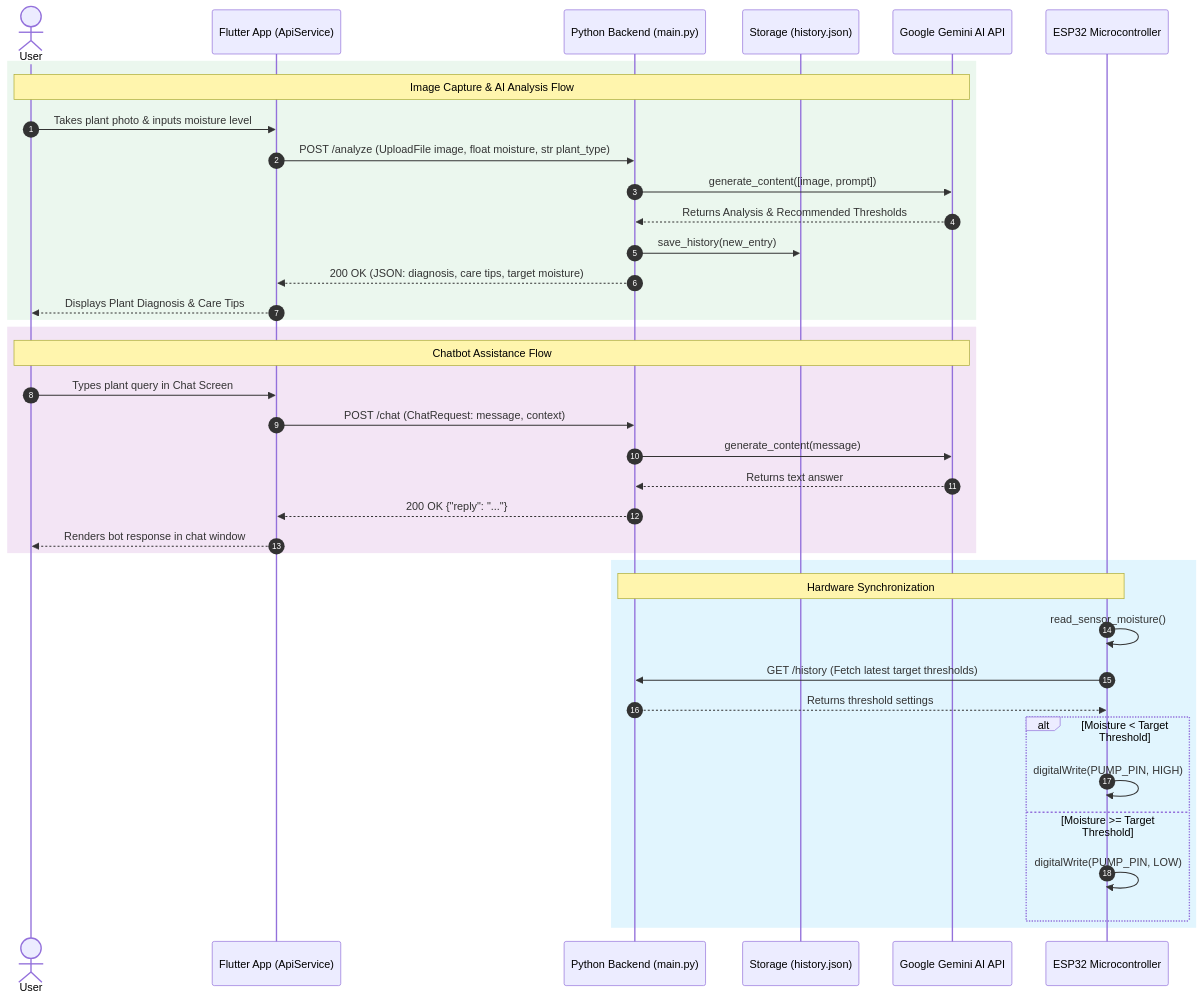
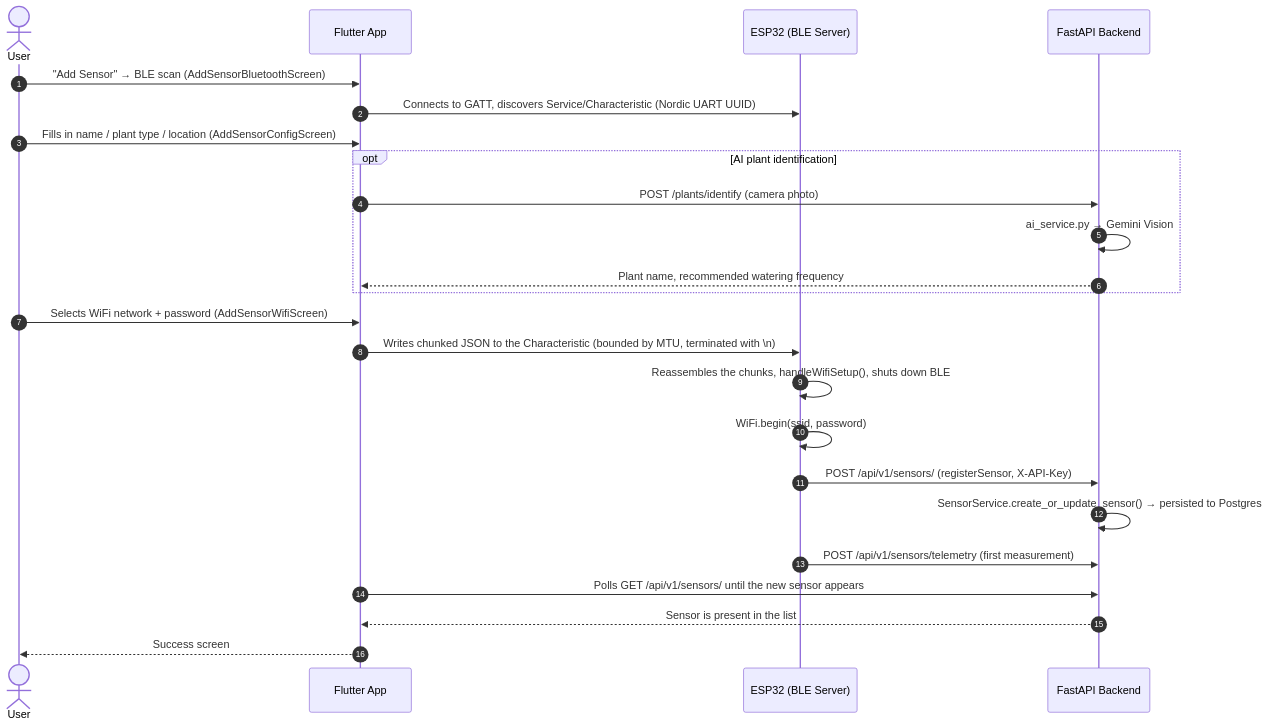
Before and after one commit to Yarin9Ashmoz/AquaMind: the second of 2 diagrams in ARCHITECTURE.md, drawn with Mermaid. The commit also changed other lines of this file, not shown here.

Commit message:
update architecture.md file

````diff
--- a/ARCHITECTURE.md
+++ b/ARCHITECTURE.md
@@ -77,46 +73,27 @@
 ```mermaid
 sequenceDiagram
     autonumber
     actor User
-    participant Flutter as Flutter App (ApiService)
-    participant FastAPI as Python Backend (main.py)
-    participant Storage as Storage (history.json)
-    participant Gemini as Google Gemini AI API
-    participant ESP32 as ESP32 Microcontroller
+    participant App as Flutter App
+    participant ESP32 as ESP32 (BLE Server)
+    participant Server as FastAPI Backend
 
-    %% Analyze Flow
-    rect rgb(235, 247, 238)
-        note over User, Gemini: Image Capture & AI Analysis Flow
-        User->>Flutter: Takes plant photo & inputs moisture level
-        Flutter->>FastAPI: POST /analyze (UploadFile image, float moisture, str plant_type)
-        FastAPI->>Gemini: generate_content([image, prompt])
-        Gemini-->>FastAPI: Returns Analysis & Recommended Thresholds
-        FastAPI->>Storage: save_history(new_entry)
-        FastAPI-->>Flutter: 200 OK (JSON: diagnosis, care tips, target moisture)
-        Flutter-->>User: Displays Plant Diagnosis & Care Tips
+    User->>App: "Add Sensor" → BLE scan (AddSensorBluetoothScreen)
+    App->>ESP32: Connects to GATT, discovers Service/Characteristic (Nordic UART UUID)
+    User->>App: Fills in name / plant type / location (AddSensorConfigScreen)
+    opt AI plant identification
+        App->>Server: POST /plants/identify (camera photo)
+        Server->>Server: ai_service.py → Gemini Vision
+        Server-->>App: Plant name, recommended watering frequency
     end
-
-    %% Chat Flow
-    rect rgb(243, 229, 245)
-        note over User, Gemini: Chatbot Assistance Flow
-        User->>Flutter: Types plant query in Chat Screen
-        Flutter->>FastAPI: POST /chat (ChatRequest: message, context)
-        FastAPI->>Gemini: generate_content(message)
-        Gemini-->>FastAPI: Returns text answer
-        FastAPI-->>Flutter: 200 OK {"reply": "..."}
-        Flutter-->>User: Renders bot response in chat window
-    end
-
-    %% ESP32 Integration Flow
-    rect rgb(225, 245, 254)
-        note over ESP32, FastAPI: Hardware Synchronization
-        ESP32->>ESP32: read_sensor_moisture()
-        ESP32->>FastAPI: GET /history (Fetch latest target thresholds)
-        FastAPI-->>ESP32: Returns threshold settings
-        alt Moisture < Target Threshold
-            ESP32->>ESP32: digitalWrite(PUMP_PIN, HIGH)
-        else Moisture >= Target Threshold
-            ESP32->>ESP32: digitalWrite(PUMP_PIN, LOW)
-        end
-    end
+    User->>App: Selects WiFi network + password (AddSensorWifiScreen)
+    App->>ESP32: Writes chunked JSON to the Characteristic (bounded by MTU, terminated with \n)
+    ESP32->>ESP32: Reassembles the chunks, handleWifiSetup(), shuts down BLE
+    ESP32->>ESP32: WiFi.begin(ssid, password)
+    ESP32->>Server: POST /api/v1/sensors/ (registerSensor, X-API-Key)
+    Server->>Server: SensorService.create_or_update_sensor() → persisted to Postgres
+    ESP32->>Server: POST /api/v1/sensors/telemetry (first measurement)
+    App->>Server: Polls GET /api/v1/sensors/ until the new sensor appears
+    Server-->>App: Sensor is present in the list
+    App-->>User: Success screen
 ```
````
